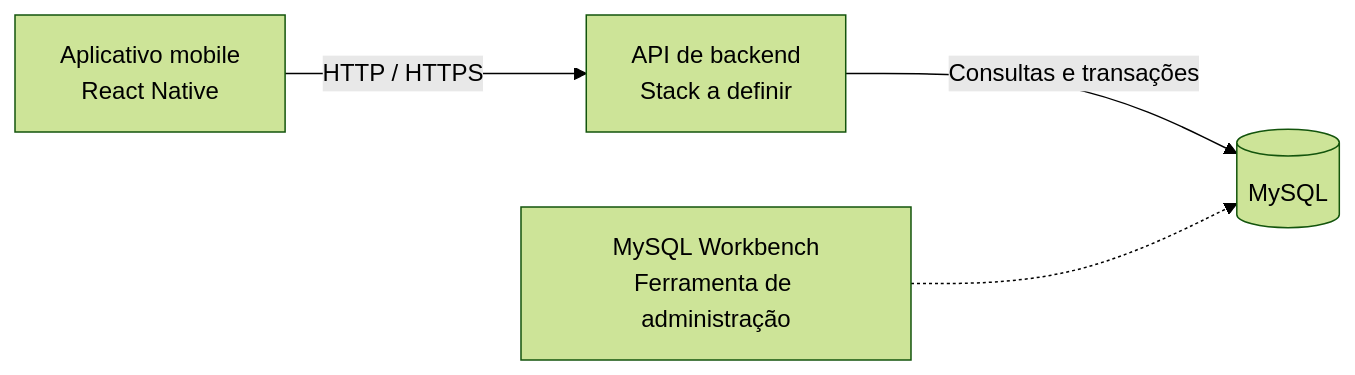
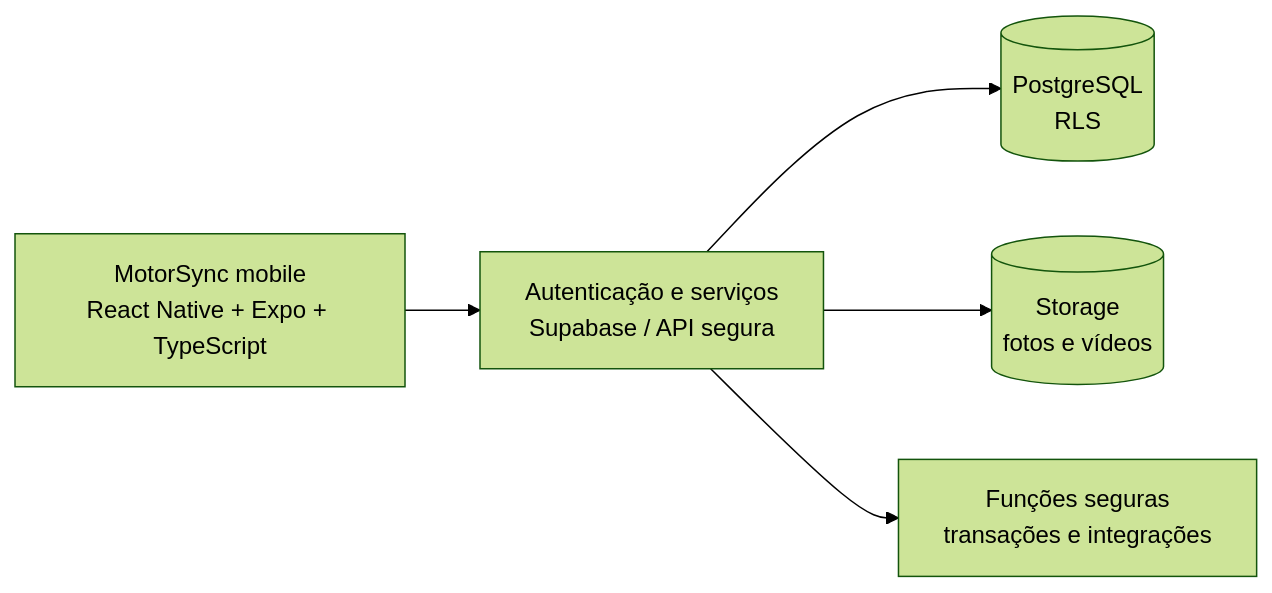
One commit to Jhenrique00/MotorSync changed the diagram in docs/arquitetura.md. Above: the diagram before and after it, drawn with Mermaid (forest theme). The commit also changed other lines of this file, not shown here.

Commit message:
docs: rebrand NandoSync as MotorSync and align product scope

````diff
--- a/docs/arquitetura.md
+++ b/docs/arquitetura.md
@@ -7,6 +7,12 @@
 ```mermaid
 flowchart LR
-    A[Aplicativo mobile<br/>React Native] -->|HTTP / HTTPS| B[API de backend<br/>Stack a definir]
-    B -->|Consultas e transações| C[(MySQL)]
-    D[MySQL Workbench<br/>Ferramenta de administração] -.-> C
+    A[MotorSync mobile<br/>React Native + Expo + TypeScript]
+    B[Autenticação e serviços<br/>Supabase / API segura]
+    C[(PostgreSQL<br/>RLS)]
+    D[(Storage<br/>fotos e vídeos)]
+    E[Funções seguras<br/>transações e integrações]
+    A --> B
+    B --> C
+    B --> D
+    B --> E
 ```
````
